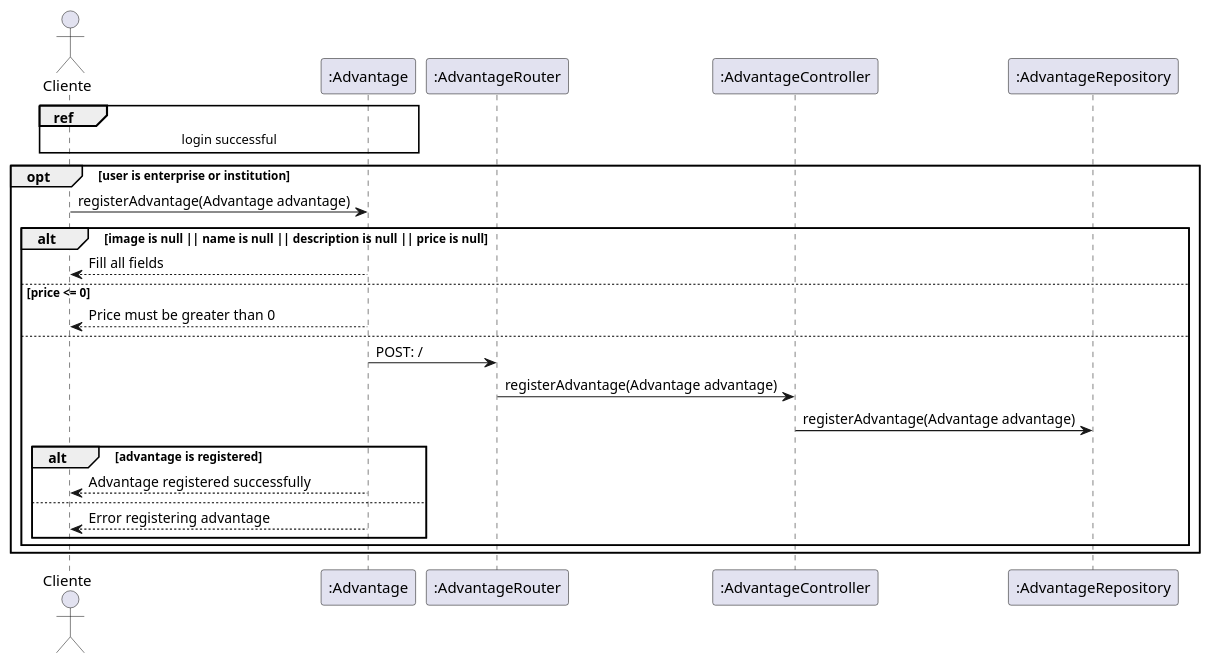
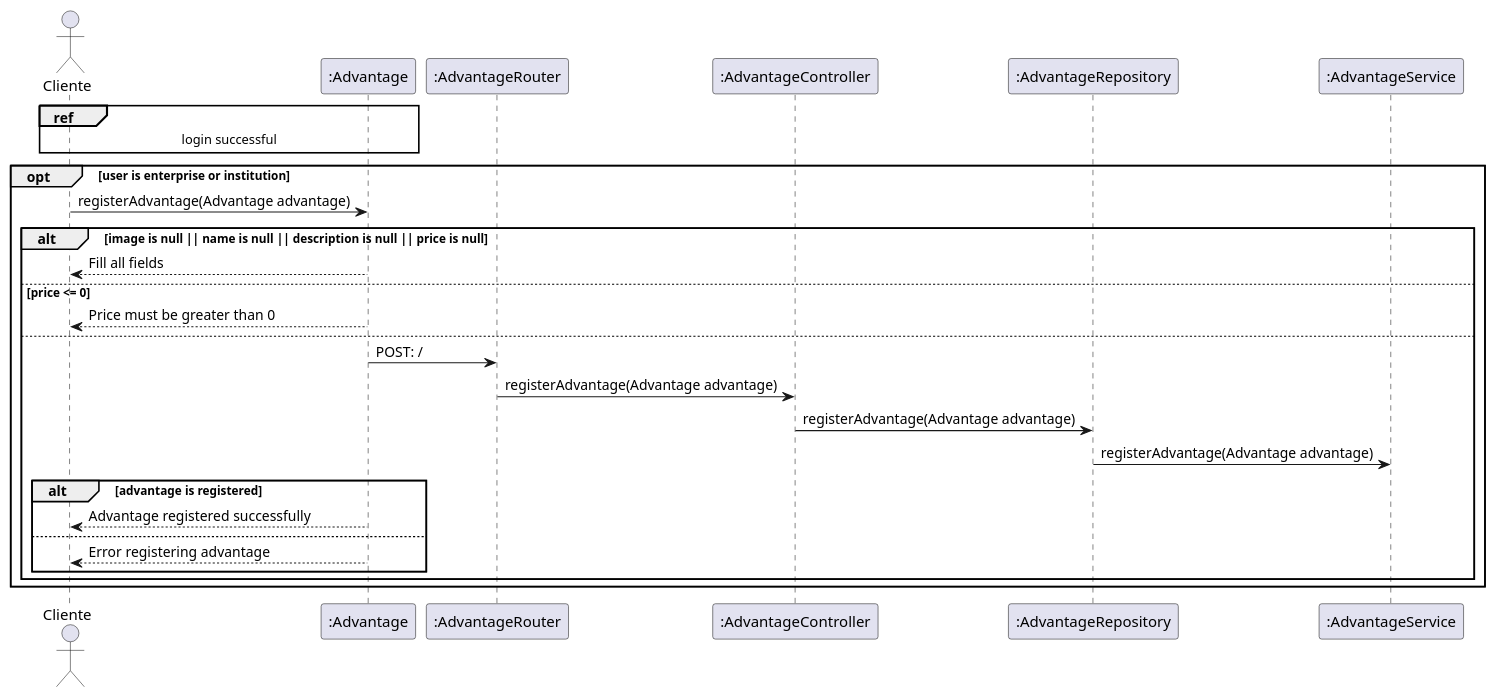
Before and after one commit to migueltico2/laboratorio-de-desenvolvimento-de-software: the diagram in projeto 4/project/sequenceDiagramRegisterAdvantage.plantuml, drawn with PlantUML. The commit also changed 1 other file, not shown here.

```diff
--- a/projeto 4/project/sequenceDiagramRegisterAdvantage.plantuml
+++ b/projeto 4/project/sequenceDiagramRegisterAdvantage.plantuml
@@ -1,29 +1,31 @@
 @startuml
 
 actor "Cliente" as cliente
 participant ":Advantage" as ad
 participant ":AdvantageRouter" as adRouter
 participant ":AdvantageController" as adController
 participant ":AdvantageRepository" as adRepository
+participant ":AdvantageService" as adService
 
 ref over cliente, ad: login successful
 
 opt user is enterprise or institution
     cliente -> ad : registerAdvantage(Advantage advantage)
     alt image is null || name is null || description is null || price is null
         ad --> cliente : Fill all fields
     else price <= 0
         ad --> cliente : Price must be greater than 0
     else
         ad -> adRouter : POST: /
         adRouter -> adController : registerAdvantage(Advantage advantage)
         adController -> adRepository : registerAdvantage(Advantage advantage)
+        adRepository -> adService : registerAdvantage(Advantage advantage)
         alt advantage is registered
             ad --> cliente : Advantage registered successfully
         else
             ad --> cliente : Error registering advantage
         end
     end
 end
 
 @enduml
```
